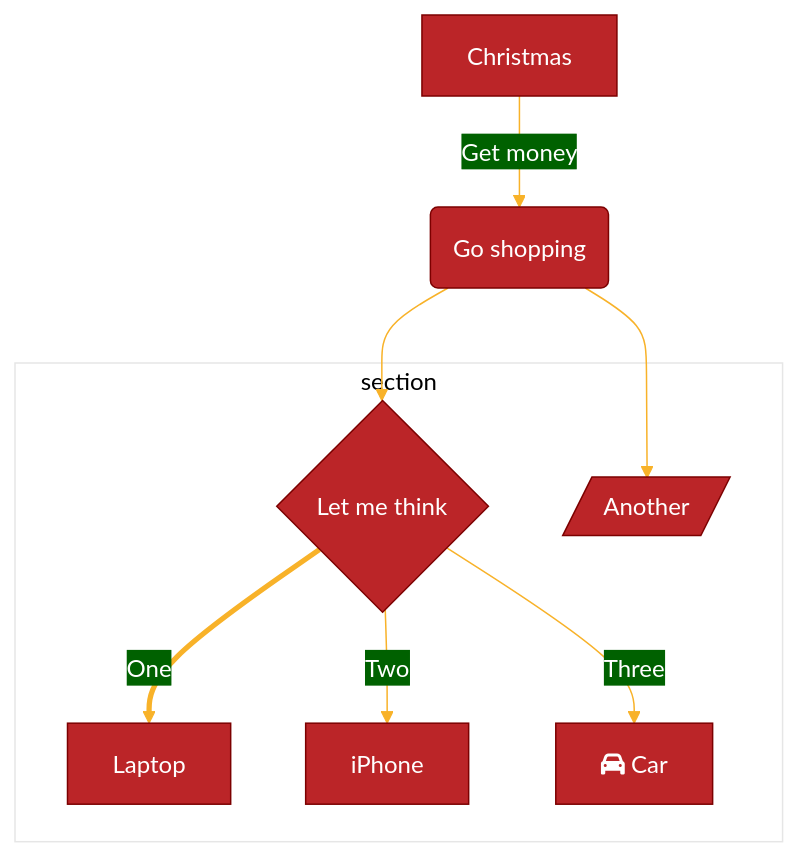
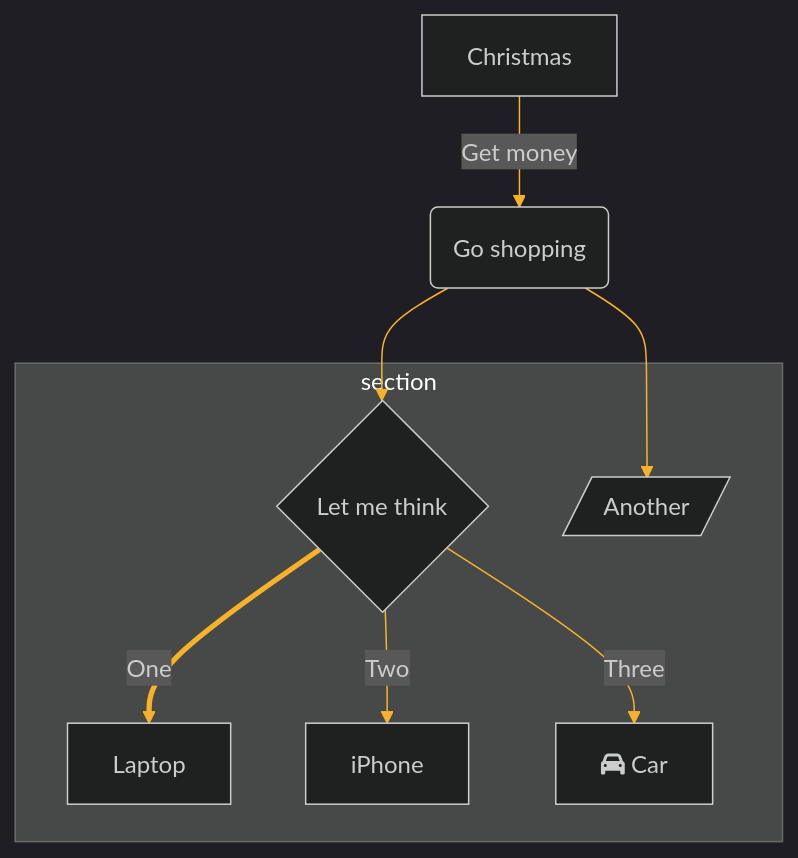
One commit to fcases/VK6Bus changed the diagram in README.md. Above: the diagram before and after it, drawn with Mermaid.

````diff
--- a/README.md
+++ b/README.md
@@ -6,29 +6,29 @@
 ```mermaid
 %%{
   init: {
-    'theme': 'base',
+    'theme': 'dark',
     'themeVariables': {
       'primaryColor': '#BB2528',
       'primaryTextColor': '#fff',
       'primaryBorderColor': '#7C0000',
       'lineColor': '#F8B229',
       'secondaryColor': '#006100',
       'tertiaryColor': '#fff'
     }
   }
 }%%
         graph TD
           A[Christmas] -->|Get money| B(Go shopping)
           B --> C{Let me think}
           B --> G[/Another/]
           C ==>|One| D[Laptop]
           C -->|Two| E[iPhone]
           C -->|Three| F[fa:fa-car Car]
           subgraph section
             C
             D
             E
             F
             G
           end
 ```
````
